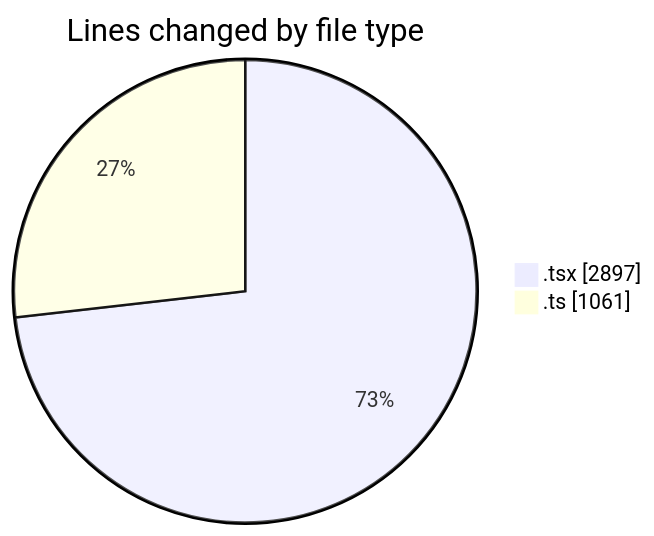
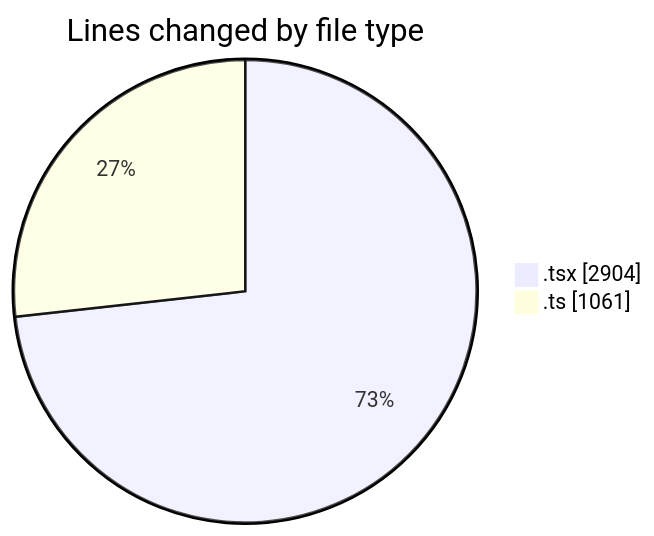
One commit to nxtqubesakshisongat/code-tracking changed the first of 2 diagrams in 2026-02-19/nxtqube_webapp/README.md. Above: the diagram before and after it, drawn with Mermaid. The commit also changed other lines of this file and 1 other file, not shown here.

````diff
--- a/2026-02-19/nxtqube_webapp/README.md
+++ b/2026-02-19/nxtqube_webapp/README.md
@@ -28,6 +28,6 @@
 ```mermaid
 pie showData
 title Lines changed by file type
-".tsx" : 2897
+".tsx" : 2904
 ".ts" : 1061
 ```
````
